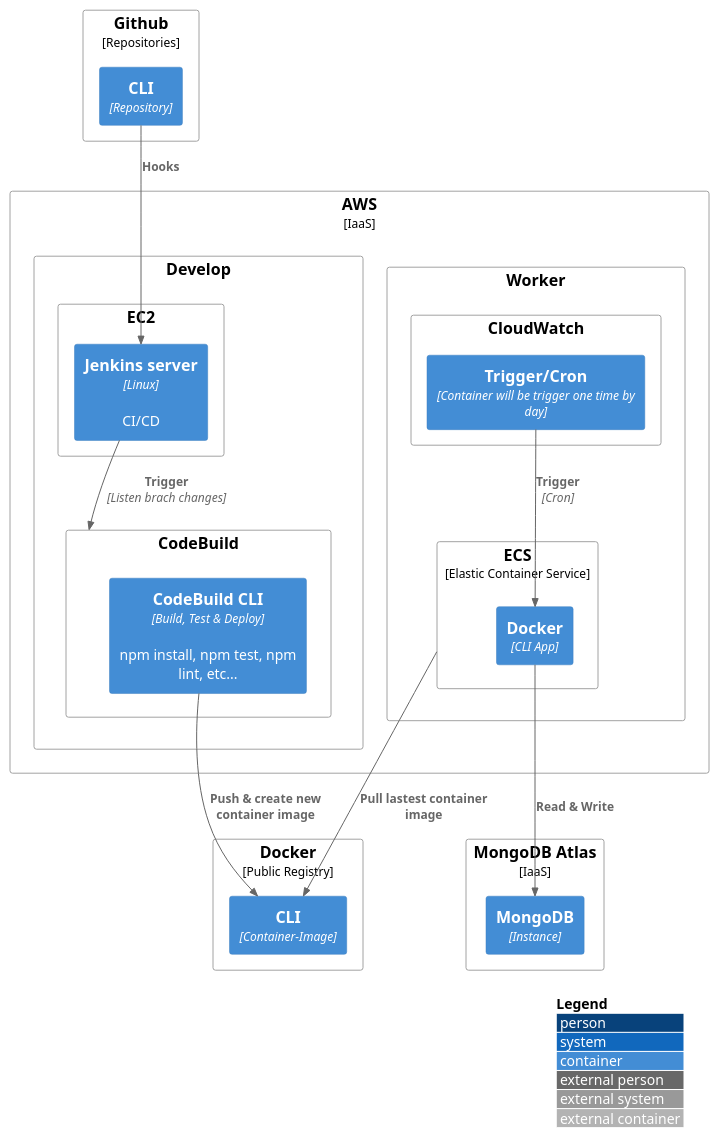
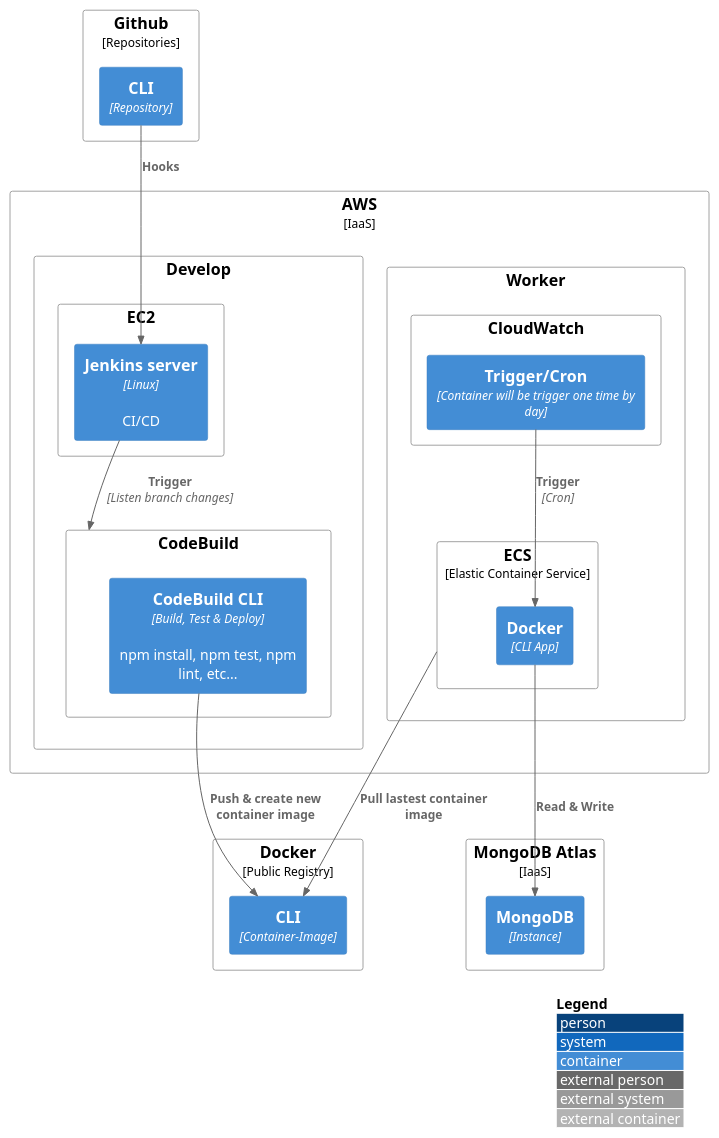
The diagram in src/2 Deployment/CLI Application/deployment.puml (aoropeza/collie-docs), drawn with PlantUML before and after one commit. The commit also changed 6 other files, not shown here.

```diff
--- a/src/2 Deployment/CLI Application/deployment.puml
+++ b/src/2 Deployment/CLI Application/deployment.puml
@@ -1,49 +1,49 @@
 @startuml
 !include https://raw.githubusercontent.com/adrianvlupu/C4-PlantUML/latest/C4_Deployment.puml
 
 LAYOUT_WITH_LEGEND()
 
 
 Deployment_Node(mongoDbAtlas, "MongoDB Atlas", "IaaS"){
   Container(mongoDBInstance, "MongoDB", "Instance")
 }
 
 Deployment_Node(github, "Github", "Repositories"){
   Container(repo, "CLI", "Repository")
 }
 
 Deployment_Node(dockerRegistry, "Docker", "Public Registry"){
   Container(dockerRegistryCLI, "CLI", "Container-Image")
 }
 
 Deployment_Node(aws, "AWS", "IaaS"){
 
   Deployment_Node(Worker, "Worker"){
     Deployment_Node(ecs, "ECS", "Elastic Container Service"){
       Container(dockerCLI, "Docker", "CLI App")
     }
 
     Deployment_Node(cloudWatch, "CloudWatch"){
       Container(triggerContainer, "Trigger/Cron", "Container will be trigger one time by day")
     }
     Rel(triggerContainer, dockerCLI, "Trigger", "Cron")
   }
 
   Deployment_Node(develop, "Develop"){
     Deployment_Node(ec2, "EC2"){
       Container(ec2Jenkins, "Jenkins server", "Linux", "CI/CD")
     }
     Deployment_Node(codeBuild, "CodeBuild"){
       Container(codeBuildCLI, "CodeBuild CLI", "Build, Test & Deploy", "npm install, npm test, npm lint, etc...")
     }
   }
 
-  Rel(ec2Jenkins, codeBuild, "Trigger", "Listen brach changes")
+  Rel(ec2Jenkins, codeBuild, "Trigger", "Listen branch changes")
   
 }
 
 Rel(repo, ec2Jenkins, "Hooks")
 Rel(dockerCLI, mongoDBInstance, "Read & Write")
 Rel(codeBuildCLI, dockerRegistryCLI, "Push & create new container image")
 Rel(ecs, dockerRegistryCLI, "Pull lastest container image")
 @enduml
```
